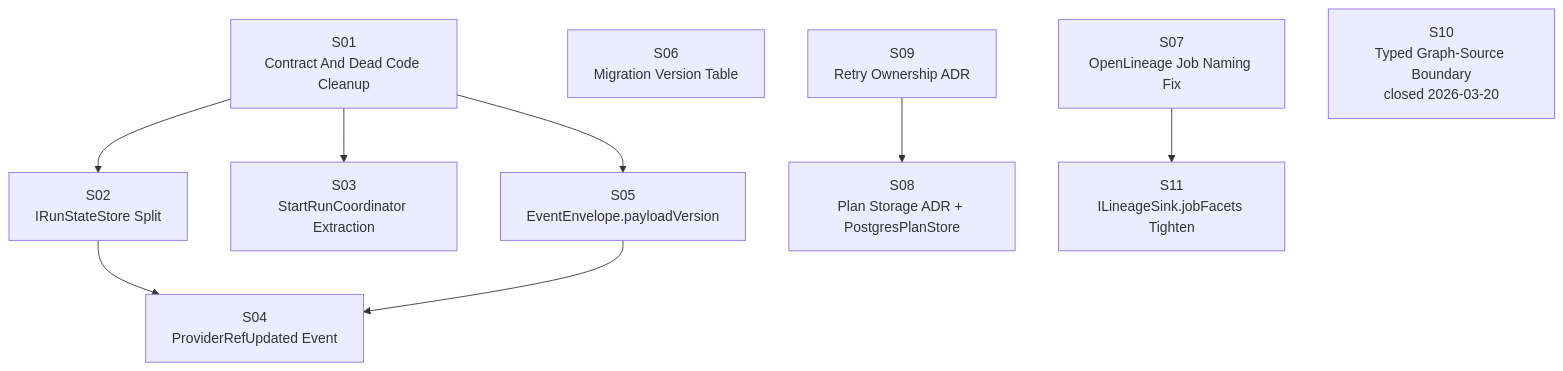
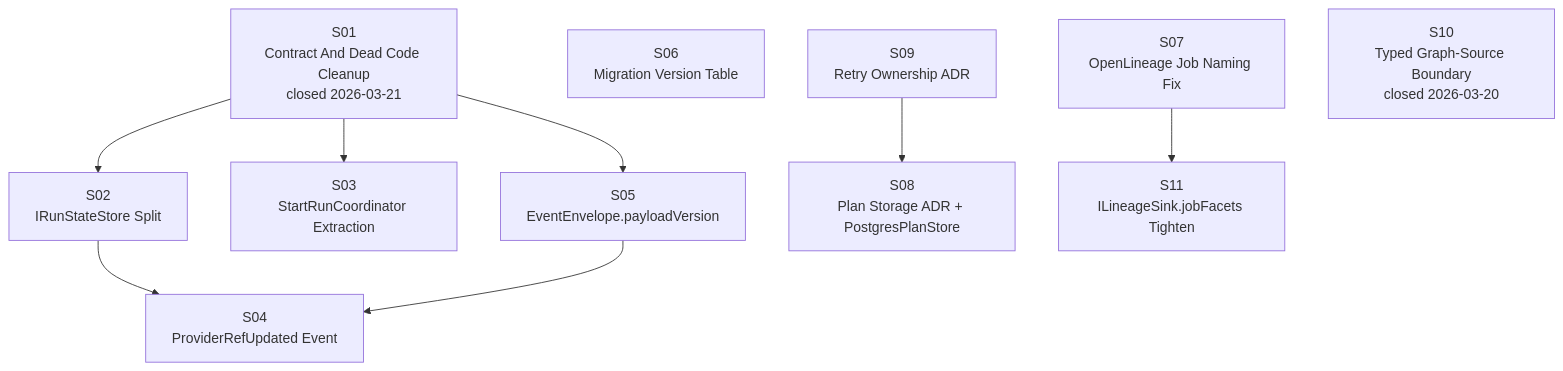
One commit to dunay2/dvt changed the diagram in docs/planning/proposals/phase2-arch-debt-roadmap-20260315.md. Above: the diagram before and after it, drawn with Mermaid. The commit also changed other lines of this file and 8 other files, not shown here.

````diff
--- a/docs/planning/proposals/phase2-arch-debt-roadmap-20260315.md
+++ b/docs/planning/proposals/phase2-arch-debt-roadmap-20260315.md
@@ -34,22 +34,22 @@
 ```mermaid
 flowchart TD
-    S01["S01\nContract And Dead Code Cleanup"]
+    S01["S01\nContract And Dead Code Cleanup\nclosed 2026-03-21"]
     S02["S02\nIRunStateStore Split"]
     S03["S03\nStartRunCoordinator Extraction"]
     S04["S04\nProviderRefUpdated Event"]
     S05["S05\nEventEnvelope.payloadVersion"]
     S06["S06\nMigration Version Table"]
     S07["S07\nOpenLineage Job Naming Fix"]
     S08["S08\nPlan Storage ADR + PostgresPlanStore"]
     S09["S09\nRetry Ownership ADR"]
     S10["S10\nTyped Graph-Source Boundary\nclosed 2026-03-20"]
     S11["S11\nILineageSink.jobFacets Tighten"]
 
     S01 --> S02
     S01 --> S03
     S01 --> S05
     S02 --> S04
     S05 --> S04
     S07 --> S11
     S09 --> S08
 ```
````
